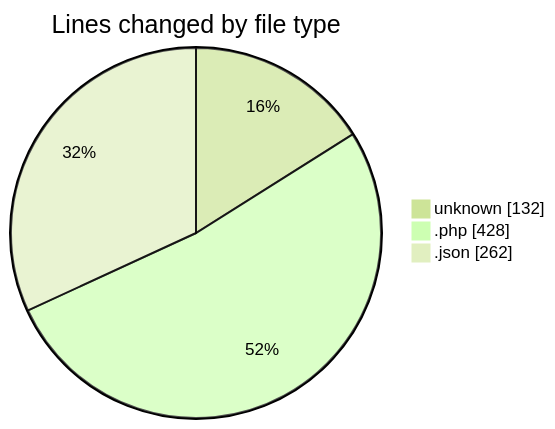
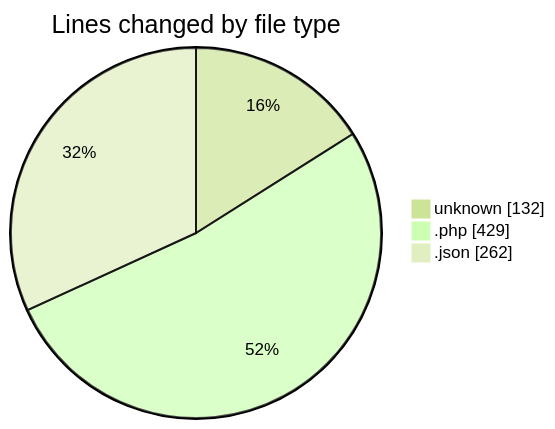
One commit to idhammustaqopulfikri/code-tracking changed the first of 2 diagrams in 2025-11-13/futsal-recommender/README.md. Above: the diagram before and after it, drawn with Mermaid (forest theme). The commit also changed other lines of this file and 1 other file, not shown here.

````diff
--- a/2025-11-13/futsal-recommender/README.md
+++ b/2025-11-13/futsal-recommender/README.md
@@ -28,7 +28,7 @@
 ```mermaid
 pie showData
 title Lines changed by file type
 "unknown" : 132
-".php" : 428
+".php" : 429
 ".json" : 262
 ```
````
